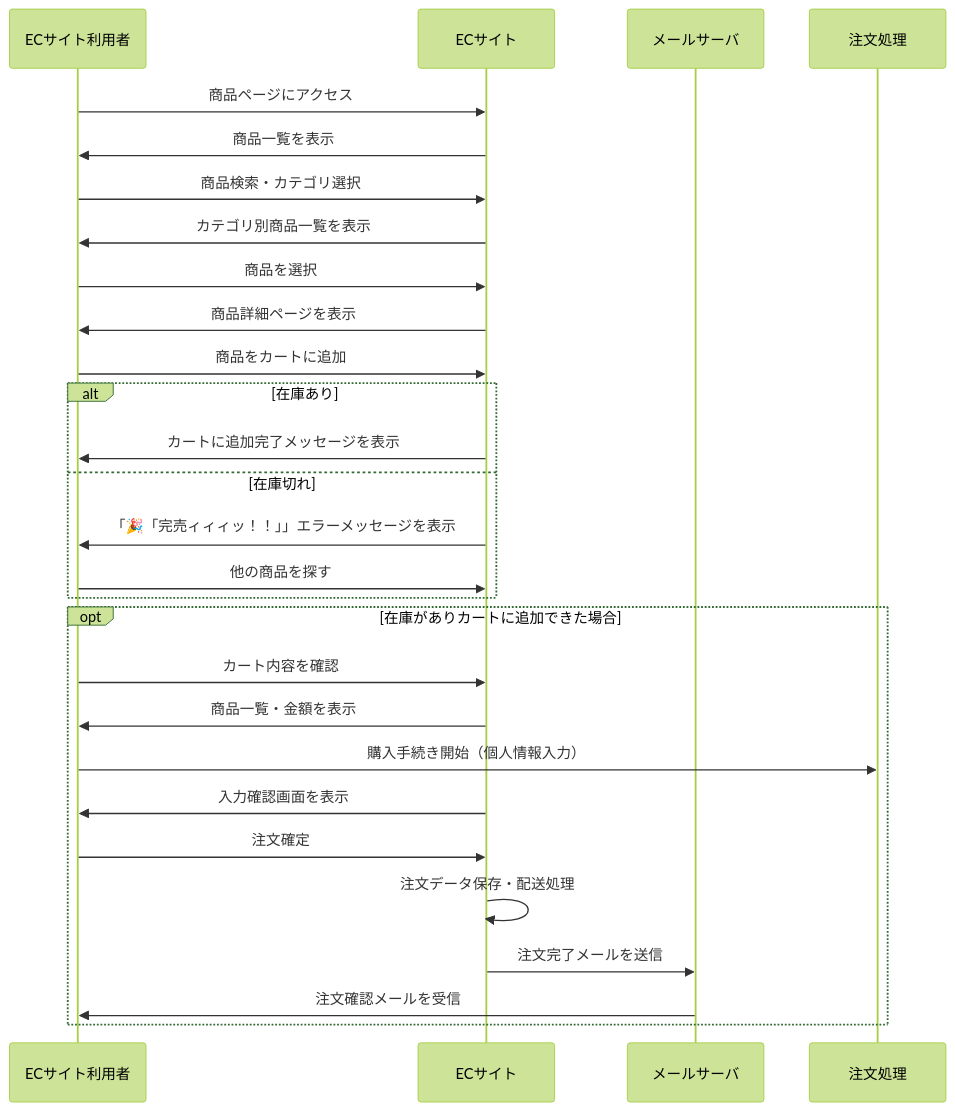
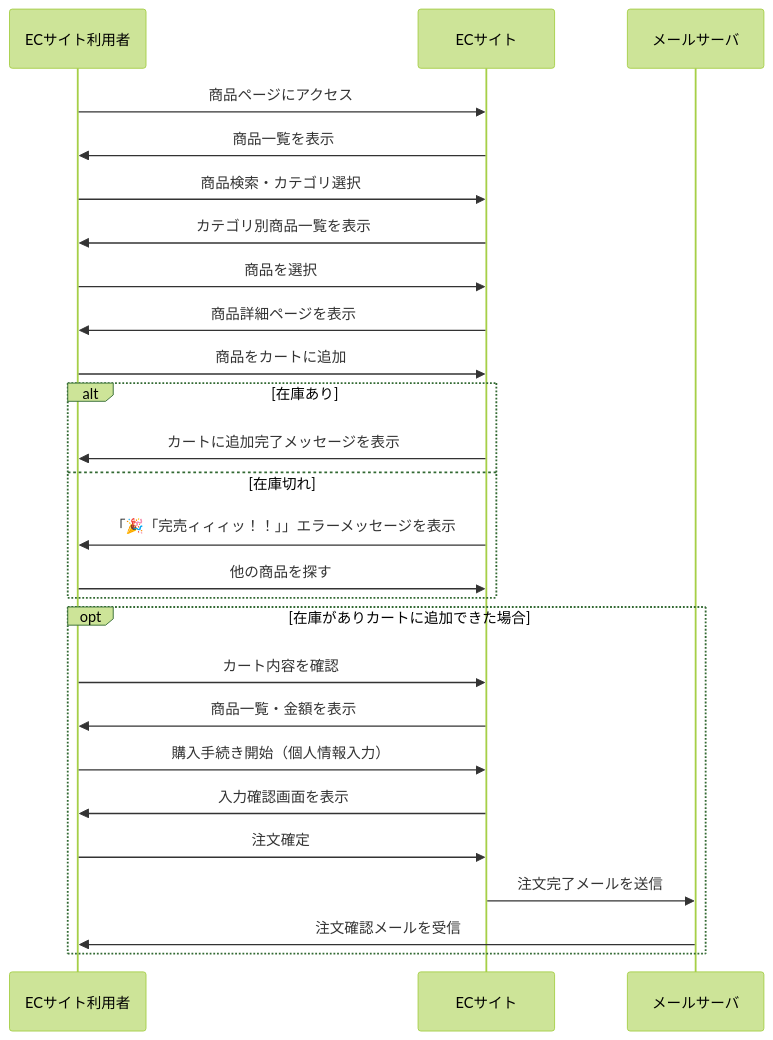
The second of 3 diagrams in 基本設計/B.md (YUKlT0/Equipe), drawn with Mermaid (forest theme) before and after one commit. The commit also changed other lines of this file, not shown here.

```diff
--- a/基本設計/B.md
+++ b/基本設計/B.md
@@ -95,37 +95,36 @@
 <div class="mermaid">
 sequenceDiagram
 participant ユーザー as ECサイト利用者
 participant サイト as ECサイト
 participant メール as メールサーバ
 
 ユーザー ->> サイト: 商品ページにアクセス
 サイト ->> ユーザー: 商品一覧を表示
 
 ユーザー ->> サイト: 商品検索・カテゴリ選択
 サイト ->> ユーザー: カテゴリ別商品一覧を表示
 
 ユーザー ->> サイト: 商品を選択
 サイト ->> ユーザー: 商品詳細ページを表示
 ユーザー ->> サイト: 商品をカートに追加
 
 alt 在庫あり
 サイト ->> ユーザー: カートに追加完了メッセージを表示
 else 在庫切れ
 サイト ->> ユーザー: 「🎉「完売ィィィッ！！」」エラーメッセージを表示
 ユーザー ->> サイト: 他の商品を探す
 
 end
 
 opt 在庫がありカートに追加できた場合
 ユーザー ->> サイト: カート内容を確認
 サイト ->> ユーザー: 商品一覧・金額を表示
 
-ユーザー ->> 注文処理: 購入手続き開始（個人情報入力）
+ユーザー ->> サイト: 購入手続き開始（個人情報入力）
 サイト ->> ユーザー: 入力確認画面を表示
 
 ユーザー ->> サイト: 注文確定
-サイト ->> サイト: 注文データ保存・配送処理
 サイト ->> メール: 注文完了メールを送信
 メール ->> ユーザー: 注文確認メールを受信
 end
 </div>
```
